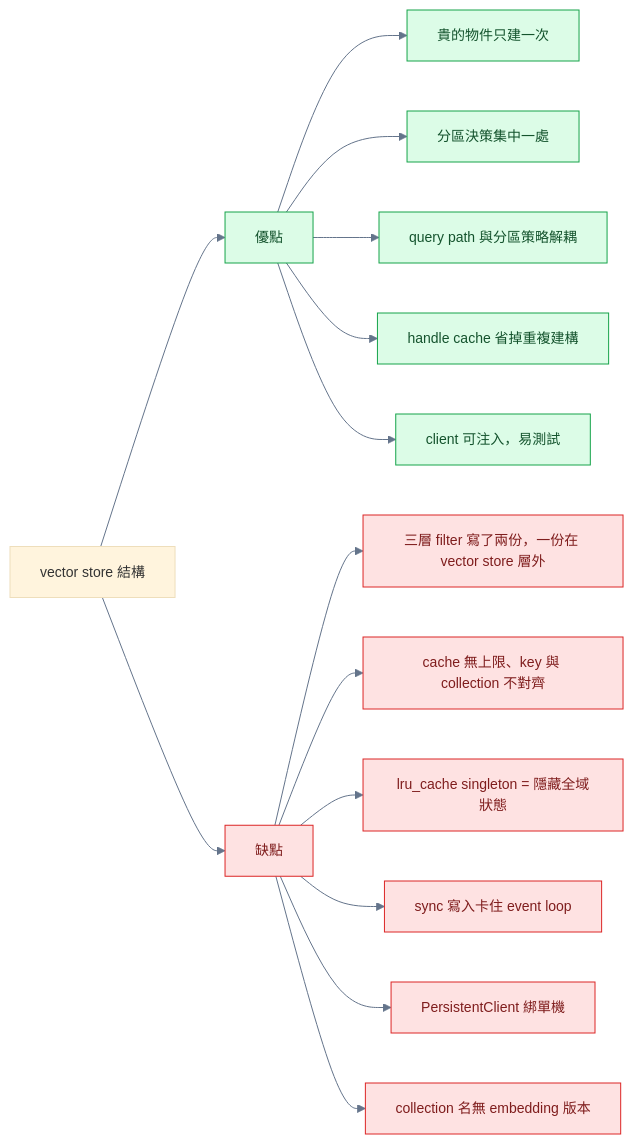
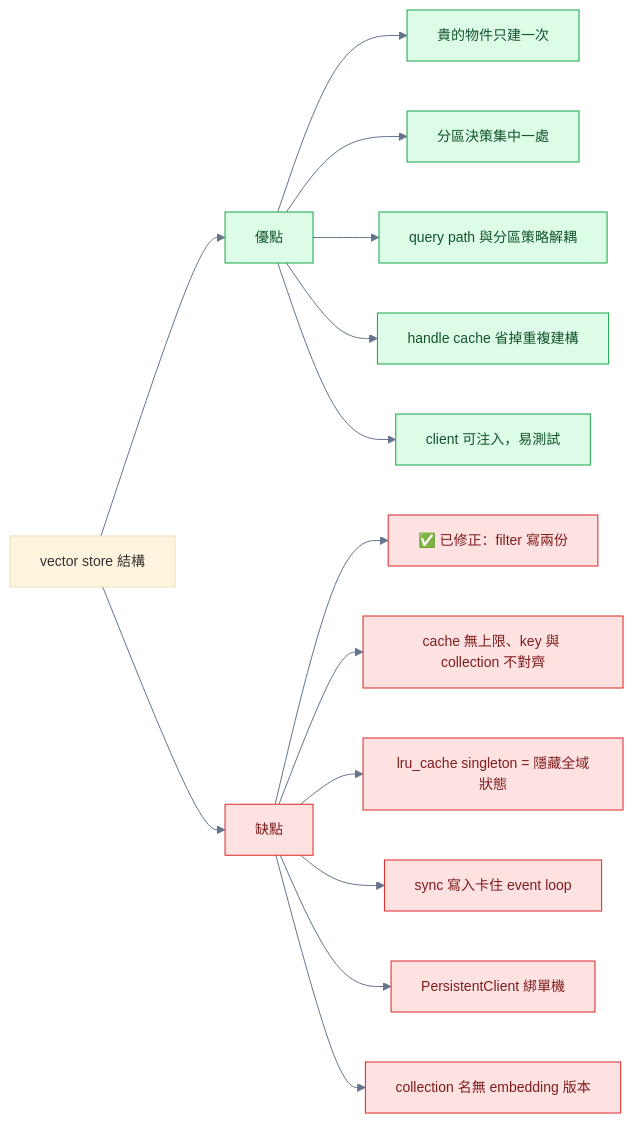
Before and after one commit to jltz1207/LoginFastapi: the fifth of 8 diagrams in docs/vectorstore/vectorstore-retriever-structure-20261009.md, drawn with Mermaid. The commit also changed other lines of this file and 10 other files, not shown here.

Commit message:
refactor vectore store: add filter scope, move "get_dense_retriever" to storeindexer (Phase 1)

````diff
--- a/docs/vectorstore/vectorstore-retriever-structure-20261009.md
+++ b/docs/vectorstore/vectorstore-retriever-structure-20261009.md
@@ -178,23 +176,23 @@
 ```mermaid
 %%{init: {'theme': 'base', 'themeVariables': {'fontSize': '14px', 'lineColor': '#64748b'}}}%%
 flowchart LR
     S["vector store 結構"]
     S --> P["優點"]
     S --> C["缺點"]
     P --> P1["貴的物件只建一次"]
     P --> P2["分區決策集中一處"]
     P --> P3["query path 與分區策略解耦"]
     P --> P4["handle cache 省掉重複建構"]
     P --> P5["client 可注入，易測試"]
-    C --> C1["三層 filter 寫了兩份，一份在 vector store 層外"]
+    C --> C1["✅ 已修正：filter 寫兩份"]
     C --> C2["cache 無上限、key 與 collection 不對齊"]
     C --> C3["lru_cache singleton = 隱藏全域狀態"]
     C --> C4["sync 寫入卡住 event loop"]
     C --> C5["PersistentClient 綁單機"]
     C --> C6["collection 名無 embedding 版本"]
 
     classDef pro fill:#dcfce7,stroke:#16a34a,color:#14532d
     classDef con fill:#fee2e2,stroke:#dc2626,color:#7f1d1d
     class P,P1,P2,P3,P4,P5 pro
     class C,C1,C2,C3,C4,C5,C6 con
 ```
````
